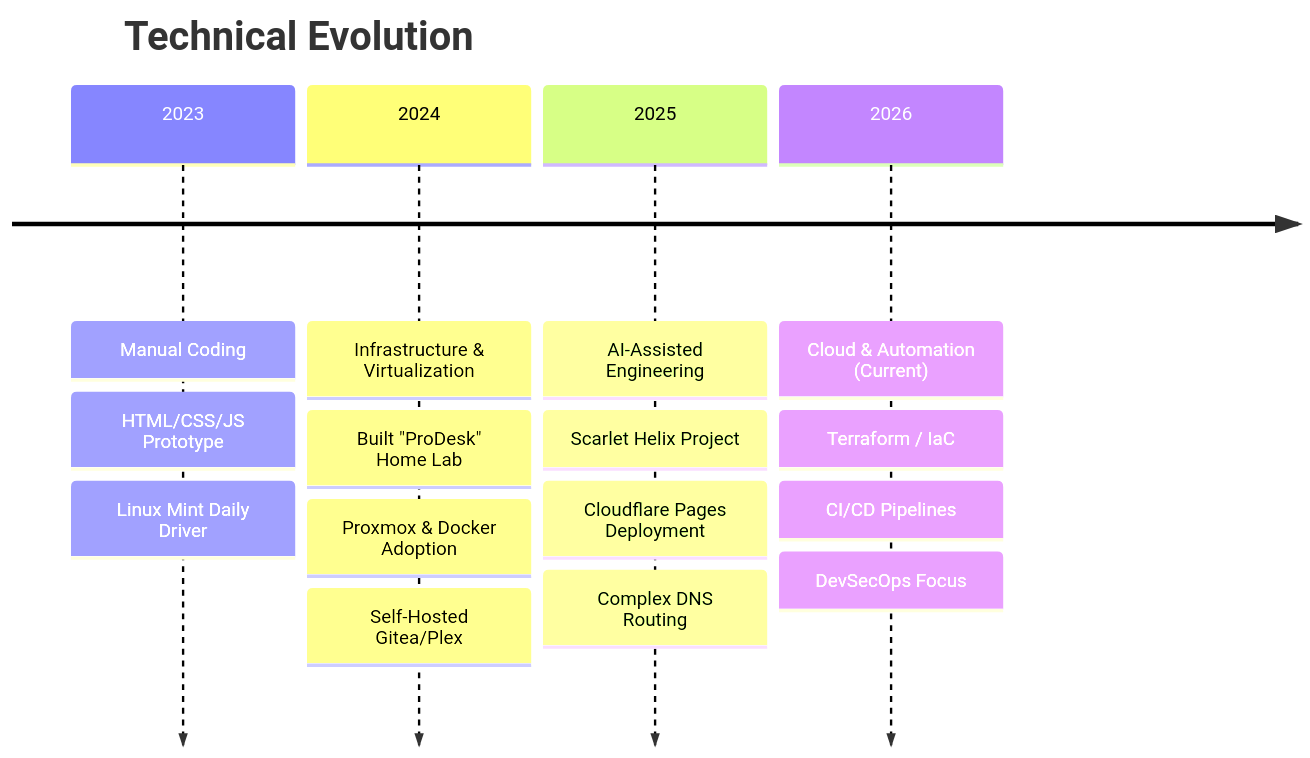
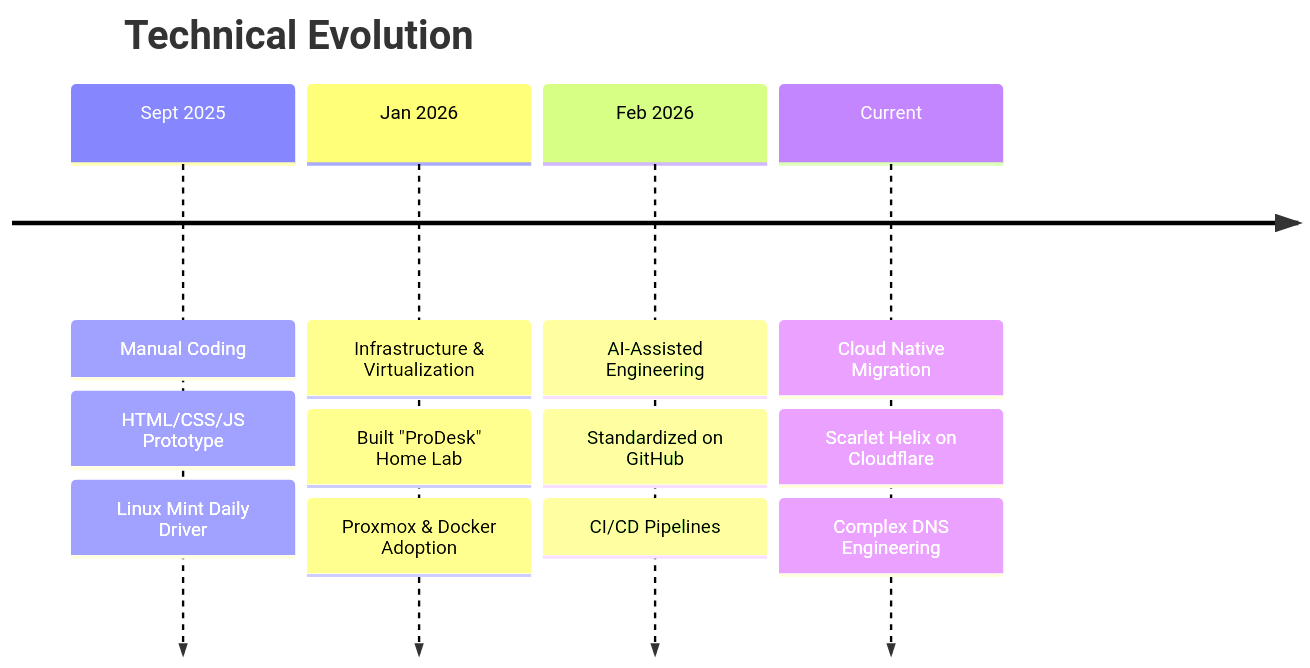
Before and after one commit to davidcockson-compliance/davidcockson-compliance: the diagram in README.md, drawn with Mermaid.

Commit message:
Update technical evolution timeline in README

````diff
--- a/README.md
+++ b/README.md
@@ -17,19 +17,16 @@
 ```mermaid
 timeline
     title Technical Evolution
-    2023 : Manual Coding
-         : HTML/CSS/JS Prototype
-         : Linux Mint Daily Driver
-    2024 : Infrastructure & Virtualization
-         : Built "ProDesk" Home Lab
-         : Proxmox & Docker Adoption
-         : Self-Hosted Gitea/Plex
-    2025 : AI-Assisted Engineering
-         : Scarlet Helix Project
-         : Cloudflare Pages Deployment
-         : Complex DNS Routing
-    2026 : Cloud & Automation (Current)
-         : Terraform / IaC
-         : CI/CD Pipelines
-         : DevSecOps Focus
+    Sept 2025 : Manual Coding
+              : HTML/CSS/JS Prototype
+              : Linux Mint Daily Driver
+    Jan 2026  : Infrastructure & Virtualization
+              : Built "ProDesk" Home Lab
+              : Proxmox & Docker Adoption
+    Feb 2026  : AI-Assisted Engineering
+              : Standardized on GitHub
+              : CI/CD Pipelines
+    Current   : Cloud Native Migration
+              : Scarlet Helix on Cloudflare
+              : Complex DNS Engineering
 ```
````
